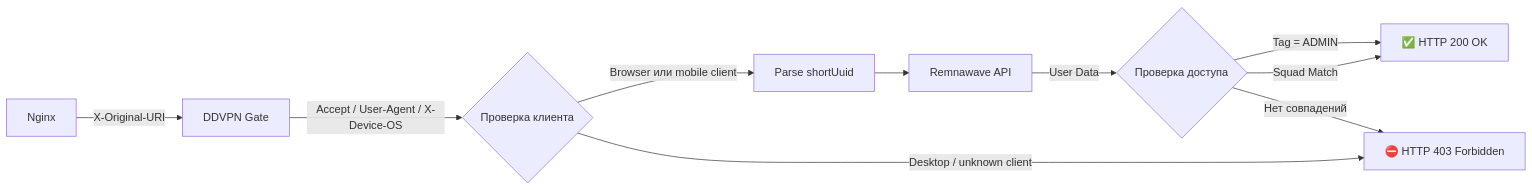
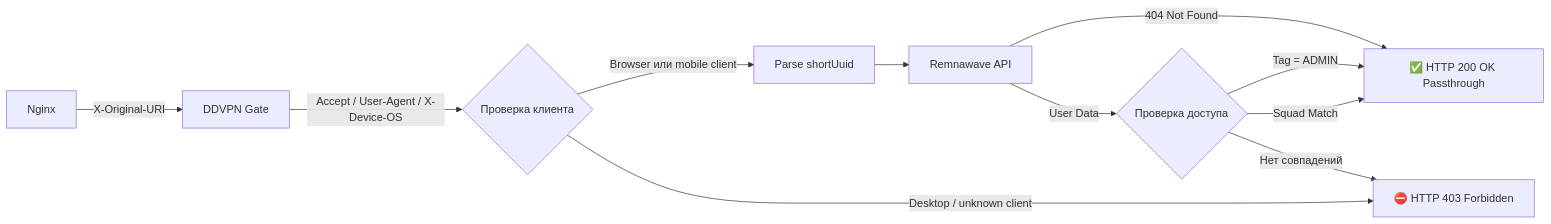
One commit to fxfuren/ddvpn-gate changed the diagram in README.md. Above: the diagram before and after it, drawn with Mermaid. The commit also changed other lines of this file and 6 other files, not shown here.

Commit message:
feat(auth): implement user not found passthrough handling and update related tests

````diff
--- a/README.md
+++ b/README.md
@@ -107,12 +107,13 @@
 ```mermaid
 graph LR
     A[Nginx] -->|X-Original-URI| B[DDVPN Gate]
     B -->|Accept / User-Agent / X-Device-OS| C{Проверка клиента}
     C -->|Browser или mobile client| D[Parse shortUuid]
     C -->|Desktop / unknown client| G[⛔ HTTP 403 Forbidden]
     D --> E[Remnawave API]
+    E -->|404 Not Found| H[✅ HTTP 200 OK Passthrough]
     E -->|User Data| F{Проверка доступа}
-    F -->|Tag = ADMIN| H[✅ HTTP 200 OK]
+    F -->|Tag = ADMIN| H
     F -->|Squad Match| H
     F -->|Нет совпадений| G
 ```
````
